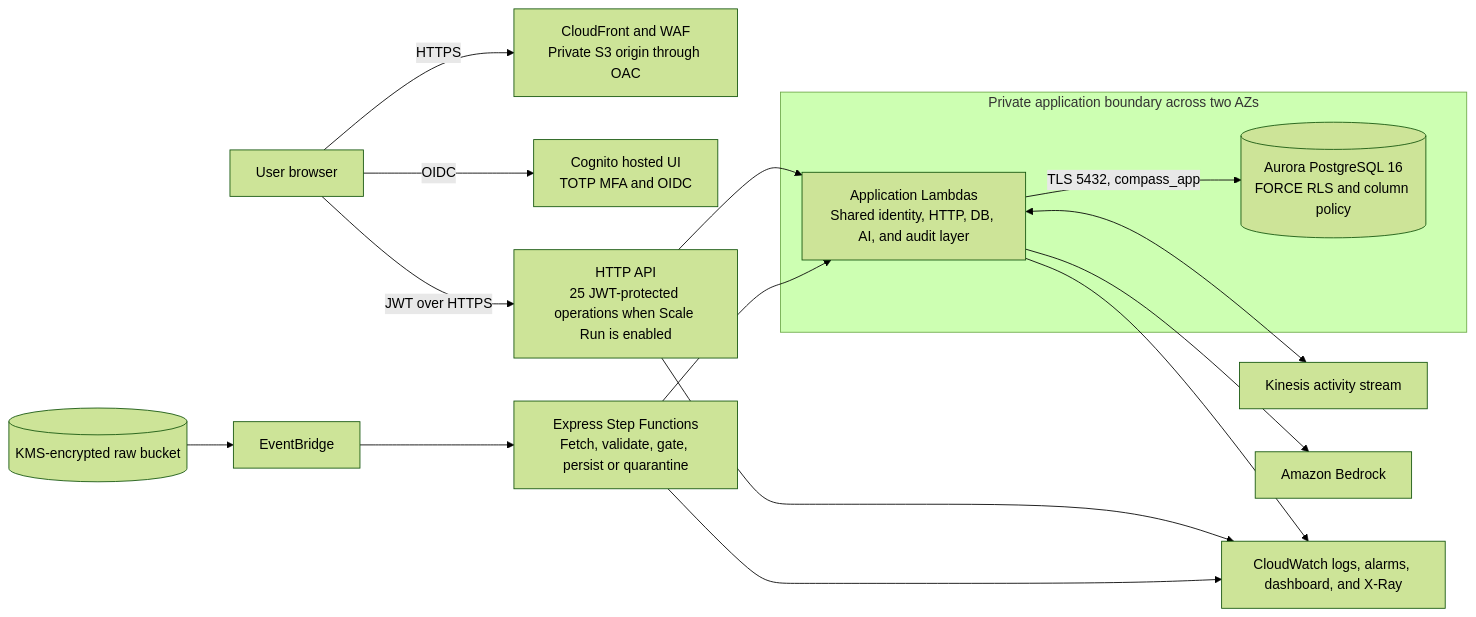
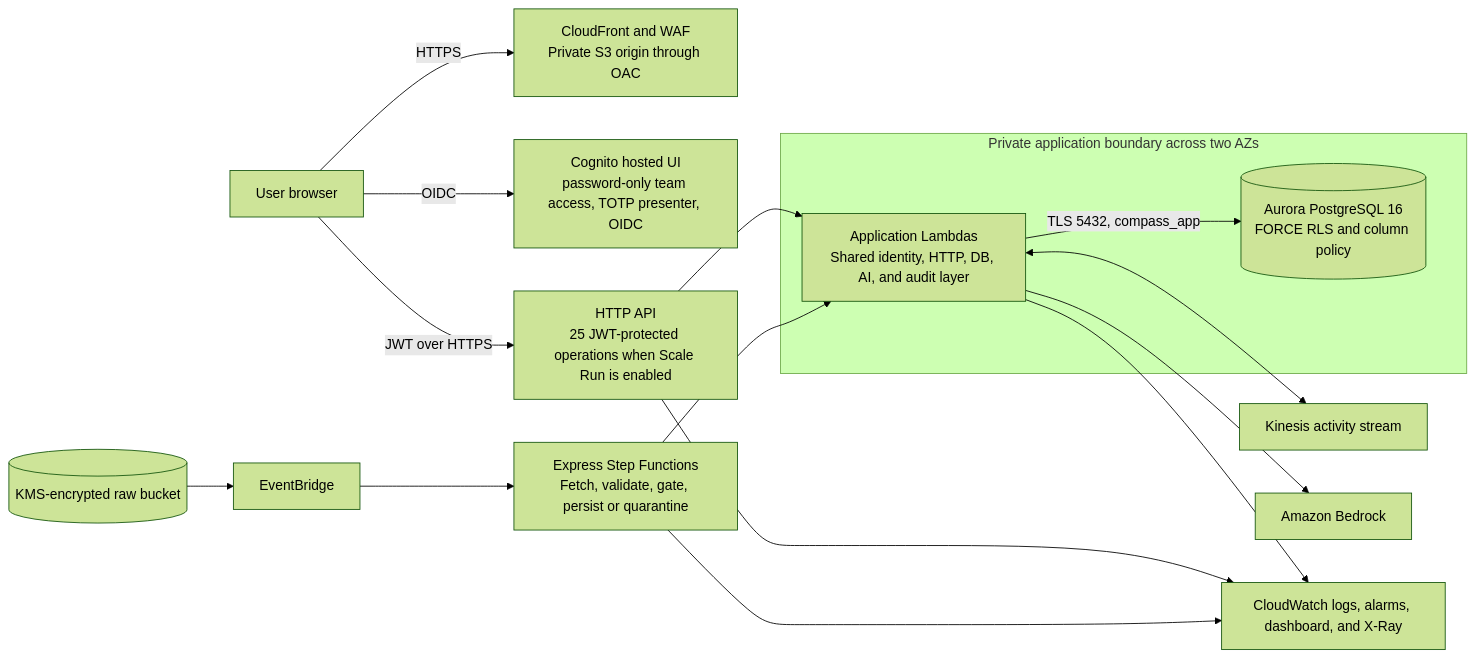
Before and after one commit to SatsyilCorp/compass-demo: the first of 3 diagrams in docs/ARCHITECTURE.md, drawn with Mermaid (forest theme). The commit also changed other lines of this file and 90 other files, not shown here.

````diff
--- a/docs/ARCHITECTURE.md
+++ b/docs/ARCHITECTURE.md
@@ -14,31 +14,31 @@
 ```mermaid
 flowchart LR
   U["User browser"]
   CF["CloudFront and WAF\nPrivate S3 origin through OAC"]
-  COG["Cognito hosted UI\nTOTP MFA and OIDC"]
+  COG["Cognito hosted UI\npassword-only team access, TOTP presenter, OIDC"]
   API["HTTP API\n25 JWT-protected operations when Scale Run is enabled"]
 
   subgraph VPC["Private application boundary across two AZs"]
     L["Application Lambdas\nShared identity, HTTP, DB, AI, and audit layer"]
     DB[("Aurora PostgreSQL 16\nFORCE RLS and column policy")]
     L -->|"TLS 5432, compass_app"| DB
   end
 
   RAW[("KMS-encrypted raw bucket")]
   EB["EventBridge"]
   SFN["Express Step Functions\nFetch, validate, gate, persist or quarantine"]
   KIN["Kinesis activity stream"]
   BR["Amazon Bedrock"]
   CW["CloudWatch logs, alarms, dashboard, and X-Ray"]
 
   U -->|"HTTPS"| CF
   U -->|"OIDC"| COG
   U -->|"JWT over HTTPS"| API
   API --> L
   RAW --> EB --> SFN --> L
   L <--> KIN
   L --> BR
   API --> CW
   L --> CW
   SFN --> CW
 ```
````
